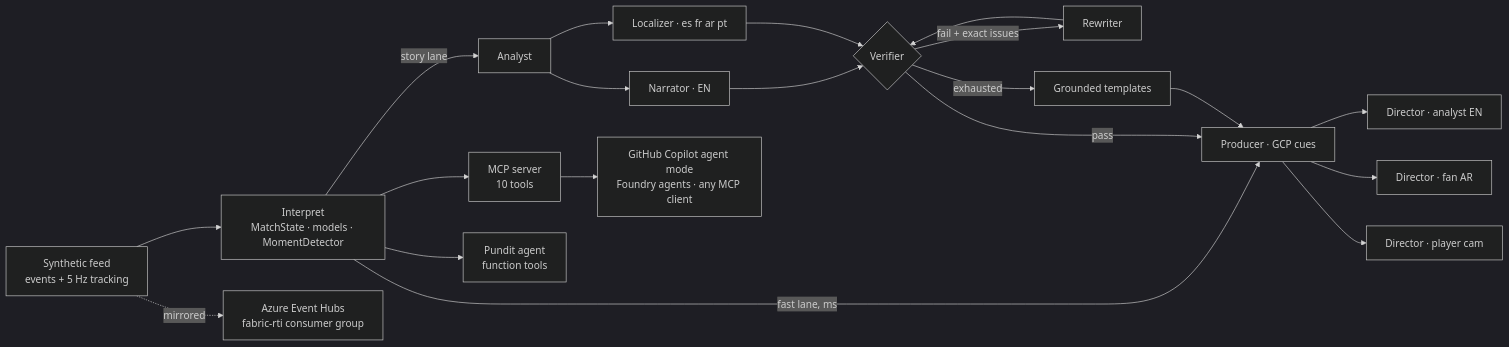
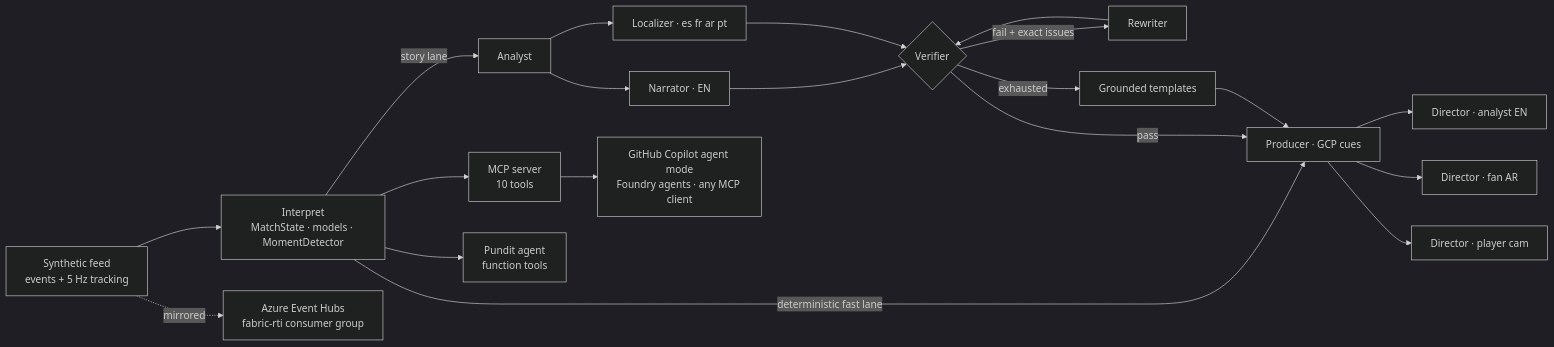
One commit to iSharaf6/regista changed the diagram in README.md. Above: the diagram before and after it, drawn with Mermaid (dark theme). The commit also changed other lines of this file and 68 other files, not shown here.

````diff
--- a/README.md
+++ b/README.md
@@ -51,16 +55,16 @@
 ```mermaid
 flowchart LR
   F[Synthetic feed<br/>events + 5 Hz tracking] --> I[Interpret<br/>MatchState · models · MomentDetector]
   F -.->|mirrored| EH[Azure Event Hubs<br/>fabric-rti consumer group]
-  I -->|fast lane, ms| P[Producer · GCP cues]
+  I -->|deterministic fast lane| P[Producer · GCP cues]
   I -->|story lane| A[Analyst]
   A --> N[Narrator · EN] --> V{Verifier}
   A --> L[Localizer · es fr ar pt] --> V
   V -->|fail + exact issues| R[Rewriter] --> V
   V -->|exhausted| T[Grounded templates]
   V -->|pass| P
   T --> P
   P --> D1[Director · analyst EN] & D2[Director · fan AR] & D3[Director · player cam]
   I --> M[MCP server<br/>10 tools] --> C[GitHub Copilot agent mode<br/>Foundry agents · any MCP client]
   I --> Q[Pundit agent<br/>function tools]
 ```
````
